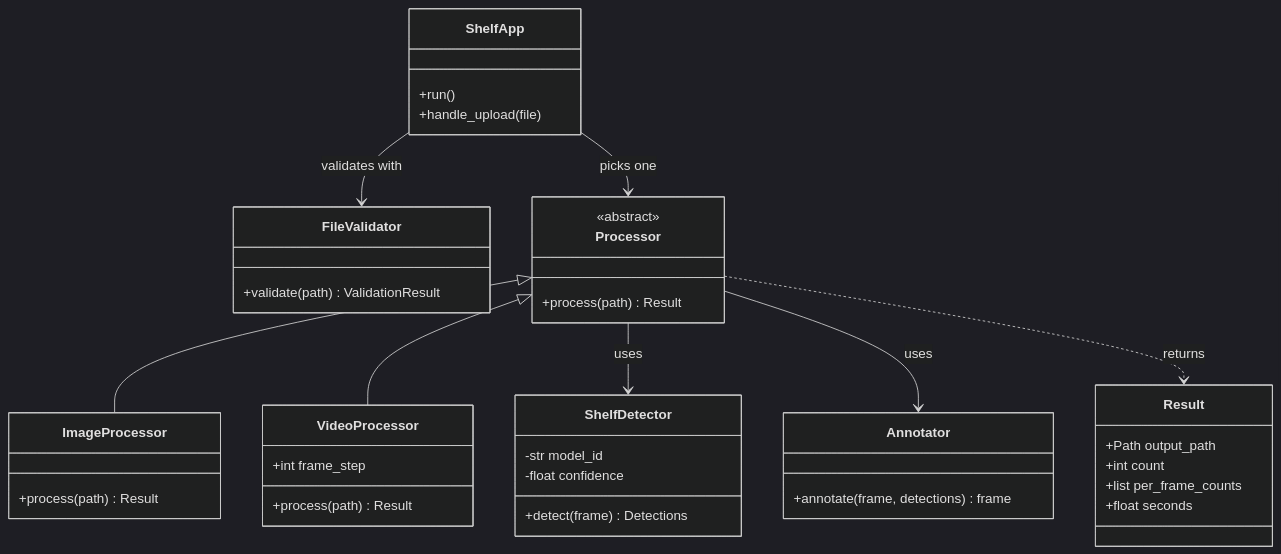
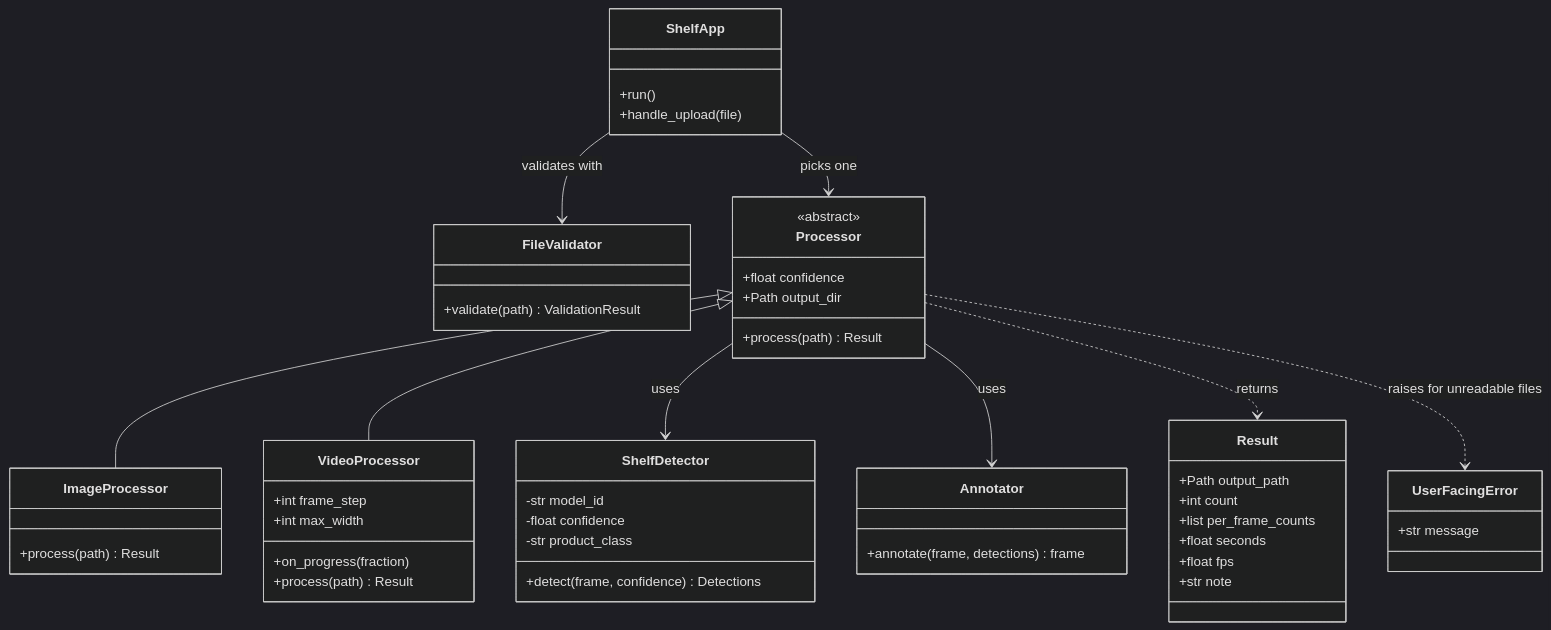
Before and after one commit to Rahat-Sultan/shelf-counter: the third of 4 diagrams in docs/ARCHITECTURE.md, drawn with Mermaid (dark theme). The commit also changed other lines of this file and 6 other files, not shown here.

````diff
--- a/docs/ARCHITECTURE.md
+++ b/docs/ARCHITECTURE.md
@@ -74,42 +80,53 @@
 ```mermaid
 classDiagram
     class ShelfApp {
         +run()
         +handle_upload(file)
     }
     class FileValidator {
         +validate(path) ValidationResult
     }
     class Processor {
         <<abstract>>
+        +float confidence
+        +Path output_dir
         +process(path) Result
     }
     class ImageProcessor {
         +process(path) Result
     }
     class VideoProcessor {
         +int frame_step
+        +int max_width
+        +on_progress(fraction)
         +process(path) Result
     }
     class ShelfDetector {
         -str model_id
         -float confidence
-        +detect(frame) Detections
+        -str product_class
+        +detect(frame, confidence) Detections
+    }
+    class UserFacingError {
+        +str message
     }
     class Annotator {
         +annotate(frame, detections) frame
     }
     class Result {
         +Path output_path
         +int count
         +list per_frame_counts
         +float seconds
+        +float fps
+        +str note
     }
     Processor <|-- ImageProcessor
     Processor <|-- VideoProcessor
     ShelfApp --> FileValidator : validates with
     ShelfApp --> Processor : picks one
     Processor --> ShelfDetector : uses
     Processor --> Annotator : uses
     Processor ..> Result : returns
+    Processor ..> UserFacingError : raises for unreadable files
 ```
````
